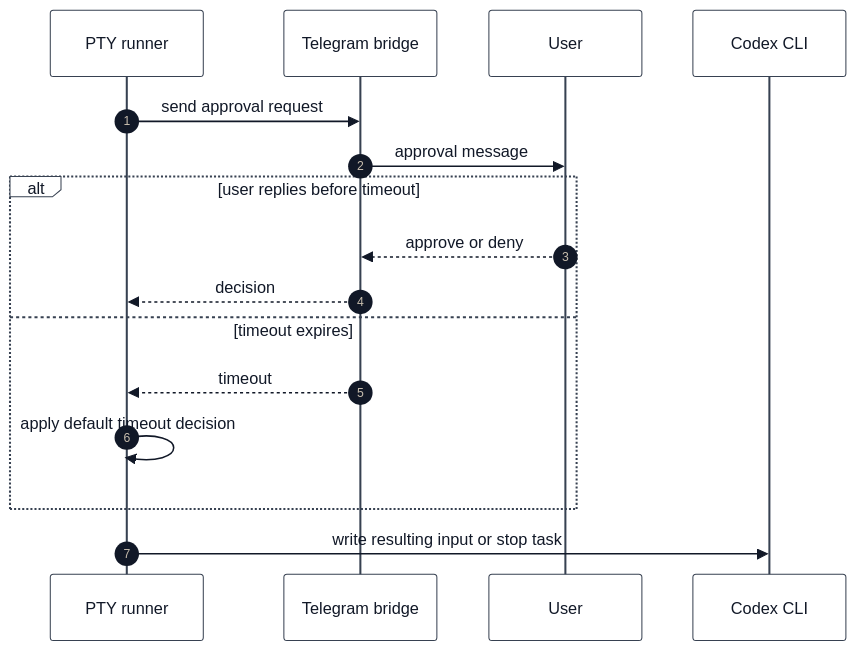
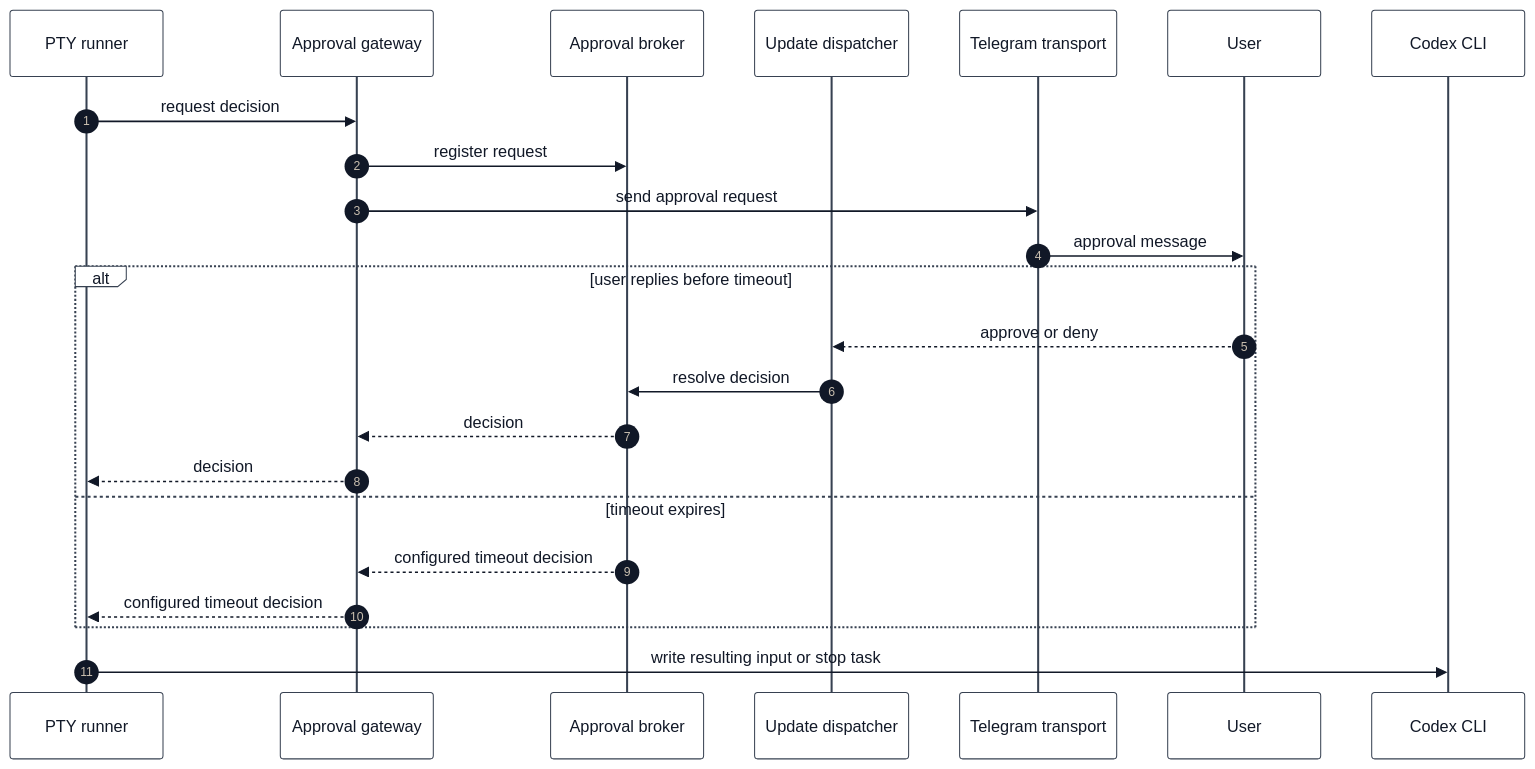
One commit to kinderp/durex changed the third of 4 diagrams in docs/TELEGRAM_APPROVALS.md. Above: the diagram before and after it, drawn with Mermaid. The commit also changed other lines of this file and 11 other files, not shown here.

First line of the commit message:
docs(telegram): define dispatcher ownership

````diff
--- a/docs/TELEGRAM_APPROVALS.md
+++ b/docs/TELEGRAM_APPROVALS.md
@@ -376,20 +396,27 @@
 ```mermaid
 %%{init: {"theme": "base", "themeVariables": {"primaryColor": "#ffffff", "primaryTextColor": "#111827", "primaryBorderColor": "#374151", "lineColor": "#374151", "secondaryColor": "#f3f4f6", "tertiaryColor": "#ffffff", "textColor": "#111827", "mainBkg": "#ffffff", "nodeBorder": "#374151", "clusterBkg": "#f9fafb", "clusterBorder": "#9ca3af", "edgeLabelBackground": "#ffffff", "actorBkg": "#ffffff", "actorBorder": "#374151", "actorTextColor": "#111827", "activationBkgColor": "#e5e7eb", "activationBorderColor": "#374151", "signalColor": "#111827", "signalTextColor": "#111827", "noteBkgColor": "#fef3c7", "noteTextColor": "#111827", "noteBorderColor": "#92400e"}}}%%
 sequenceDiagram
     autonumber
     participant Pty as PTY runner
-    participant Bot as Telegram bridge
+    participant Gateway as Approval gateway
+    participant Broker as Approval broker
+    participant Dispatcher as Update dispatcher
+    participant Bot as Telegram transport
     participant User
     participant Codex as Codex CLI
 
-    Pty->>Bot: send approval request
+    Pty->>Gateway: request decision
+    Gateway->>Broker: register request
+    Gateway->>Bot: send approval request
     Bot->>User: approval message
     alt user replies before timeout
-        User-->>Bot: approve or deny
-        Bot-->>Pty: decision
+        User-->>Dispatcher: approve or deny
+        Dispatcher->>Broker: resolve decision
+        Broker-->>Gateway: decision
+        Gateway-->>Pty: decision
     else timeout expires
-        Bot-->>Pty: timeout
-        Pty->>Pty: apply default timeout decision
+        Broker-->>Gateway: configured timeout decision
+        Gateway-->>Pty: configured timeout decision
     end
     Pty->>Codex: write resulting input or stop task
 ```
````
